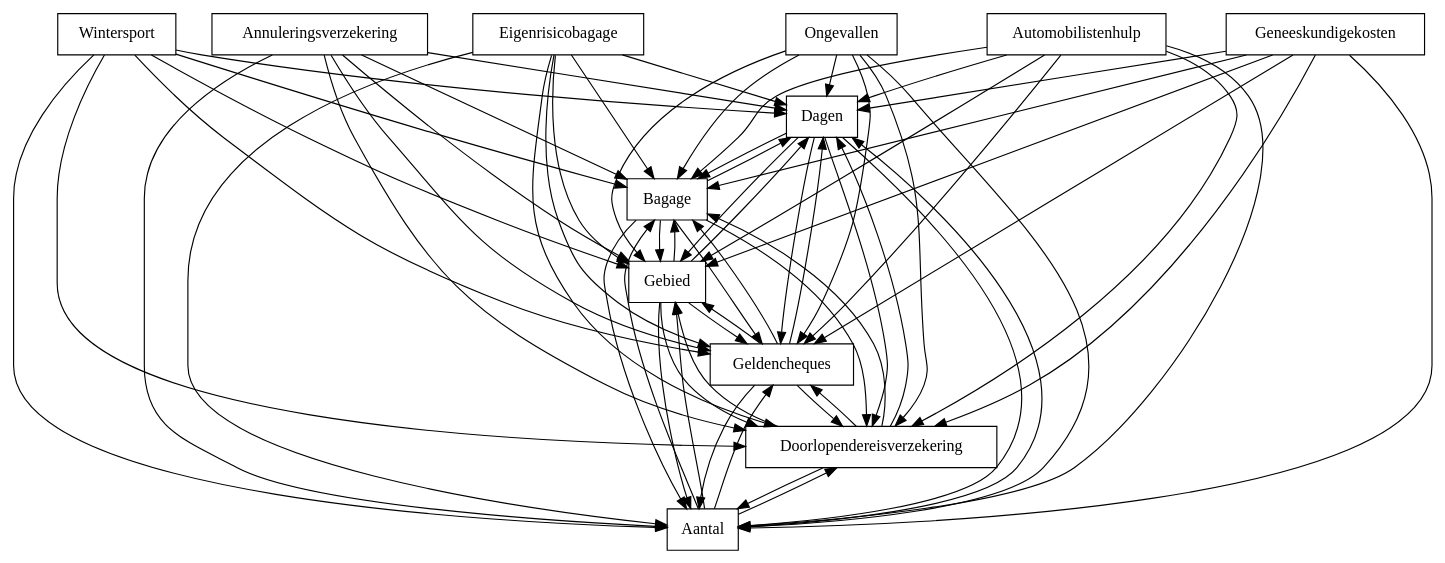
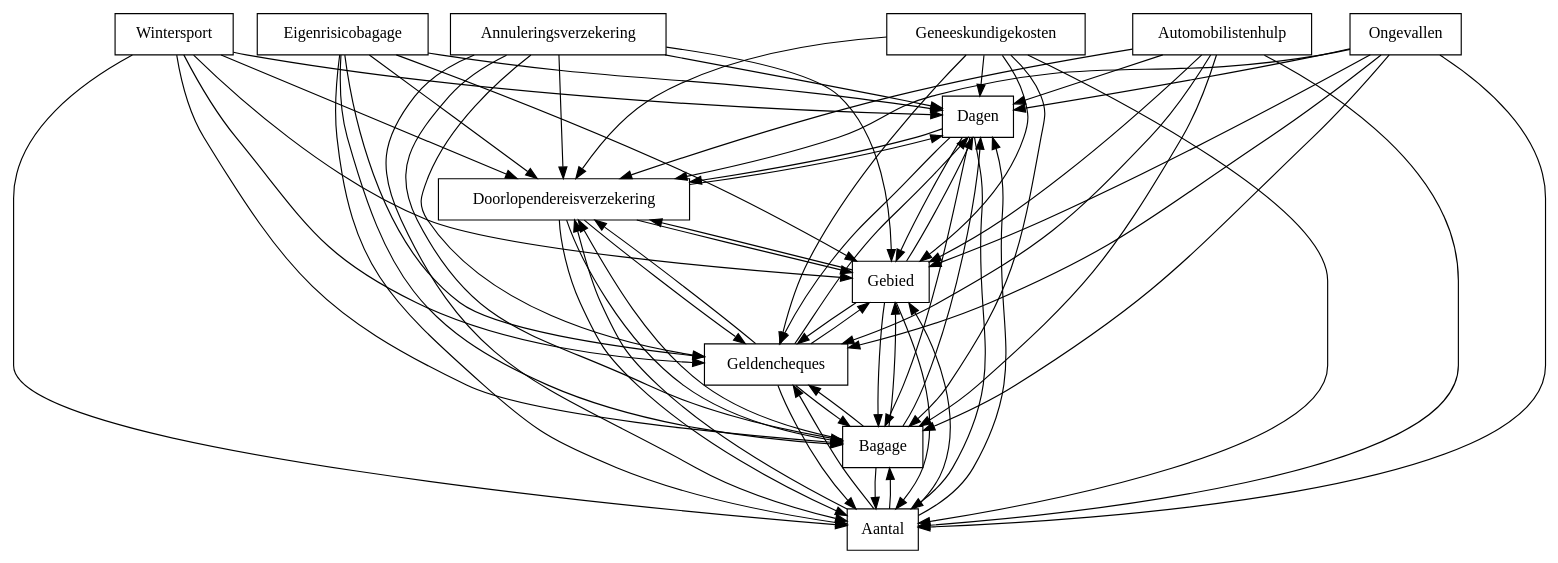
One commit to FAMILIAR-project/familiar-language changed the diagram in FAMILIAR/output/SPLOT-big/fm_63_model_20110130_639381749.xml.dot. Above: the diagram before and after it, drawn with Graphviz. The commit also changed 204 other files, not shown here.

```diff
--- a/FAMILIAR/output/SPLOT-big/fm_63_model_20110130_639381749.xml.dot
+++ b/FAMILIAR/output/SPLOT-big/fm_63_model_20110130_639381749.xml.dot
@@ -1,83 +1,83 @@
 digraph{
 graph [rankdir=TB];
 node [shape=box];
 edge [arrowhead=normal];
 0[label="Annuleringsverzekering",]
 1[label="Eigenrisicobagage",]
-2[label="Dagen",]
-3[label="Wintersport",]
+2[label="Wintersport",]
+3[label="Dagen",]
 4[label="Automobilistenhulp",]
-5[label="Bagage",]
-6[label="Aantal",]
-7[label="Ongevallen",]
-8[label="Doorlopendereisverzekering",]
+5[label="Doorlopendereisverzekering",]
+6[label="Ongevallen",]
+7[label="Aantal",]
+8[label="Bagage",]
 9[label="Geldencheques",]
 10[label="Geneeskundigekosten",]
 11[label="Gebied",]
-0->2[label="",]
+0->3[label="",]
 0->5[label="",]
-0->6[label="",]
+0->7[label="",]
 0->8[label="",]
 0->9[label="",]
 0->11[label="",]
-1->2[label="",]
+1->3[label="",]
 1->5[label="",]
-1->6[label="",]
+1->7[label="",]
 1->8[label="",]
 1->9[label="",]
 1->11[label="",]
+2->3[label="",]
 2->5[label="",]
-2->6[label="",]
+2->7[label="",]
 2->8[label="",]
 2->9[label="",]
 2->11[label="",]
-3->2[label="",]
 3->5[label="",]
-3->6[label="",]
+3->7[label="",]
 3->8[label="",]
 3->9[label="",]
 3->11[label="",]
-4->2[label="",]
+4->3[label="",]
 4->5[label="",]
-4->6[label="",]
+4->7[label="",]
 4->8[label="",]
 4->9[label="",]
 4->11[label="",]
-5->2[label="",]
-5->6[label="",]
+5->3[label="",]
+5->7[label="",]
 5->8[label="",]
 5->9[label="",]
 5->11[label="",]
-6->2[label="",]
+6->3[label="",]
 6->5[label="",]
+6->7[label="",]
 6->8[label="",]
 6->9[label="",]
 6->11[label="",]
-7->2[label="",]
+7->3[label="",]
 7->5[label="",]
-7->6[label="",]
 7->8[label="",]
 7->9[label="",]
 7->11[label="",]
-8->2[label="",]
+8->3[label="",]
 8->5[label="",]
-8->6[label="",]
+8->7[label="",]
 8->9[label="",]
 8->11[label="",]
-9->2[label="",]
+9->3[label="",]
 9->5[label="",]
-9->6[label="",]
+9->7[label="",]
 9->8[label="",]
 9->11[label="",]
-10->2[label="",]
+10->3[label="",]
 10->5[label="",]
-10->6[label="",]
+10->7[label="",]
 10->8[label="",]
 10->9[label="",]
 10->11[label="",]
-11->2[label="",]
+11->3[label="",]
 11->5[label="",]
-11->6[label="",]
+11->7[label="",]
 11->8[label="",]
 11->9[label="",]
 }
```
